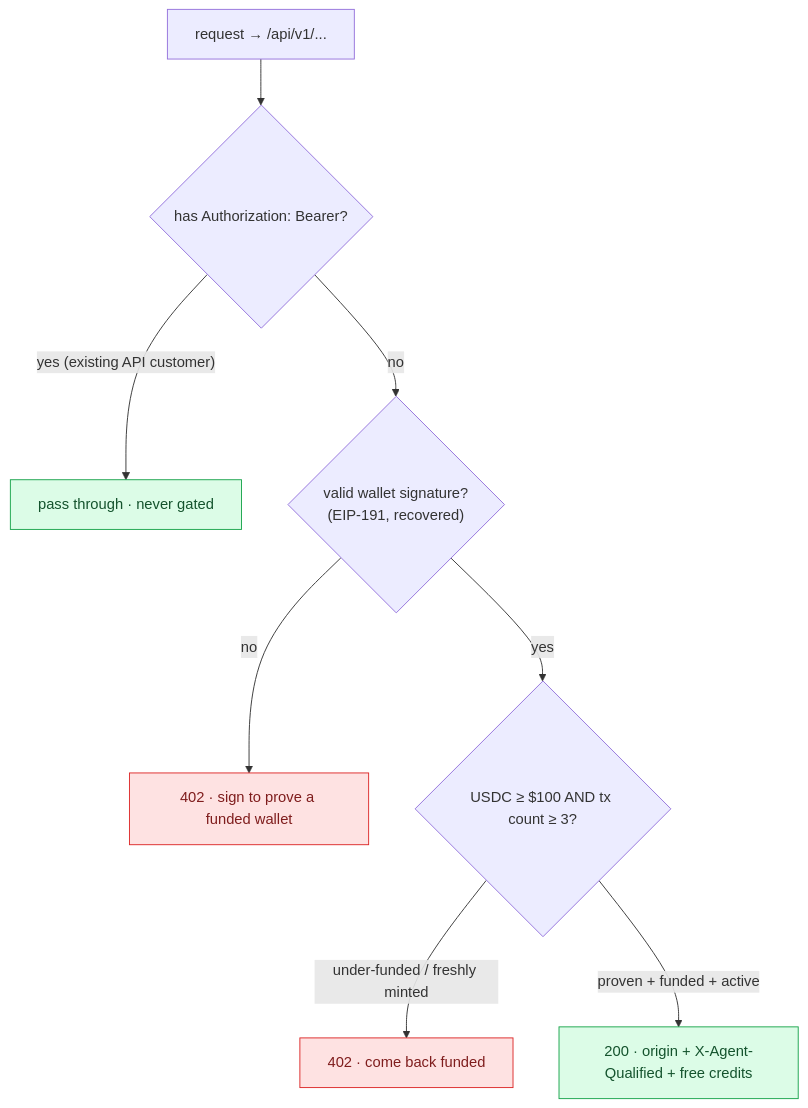
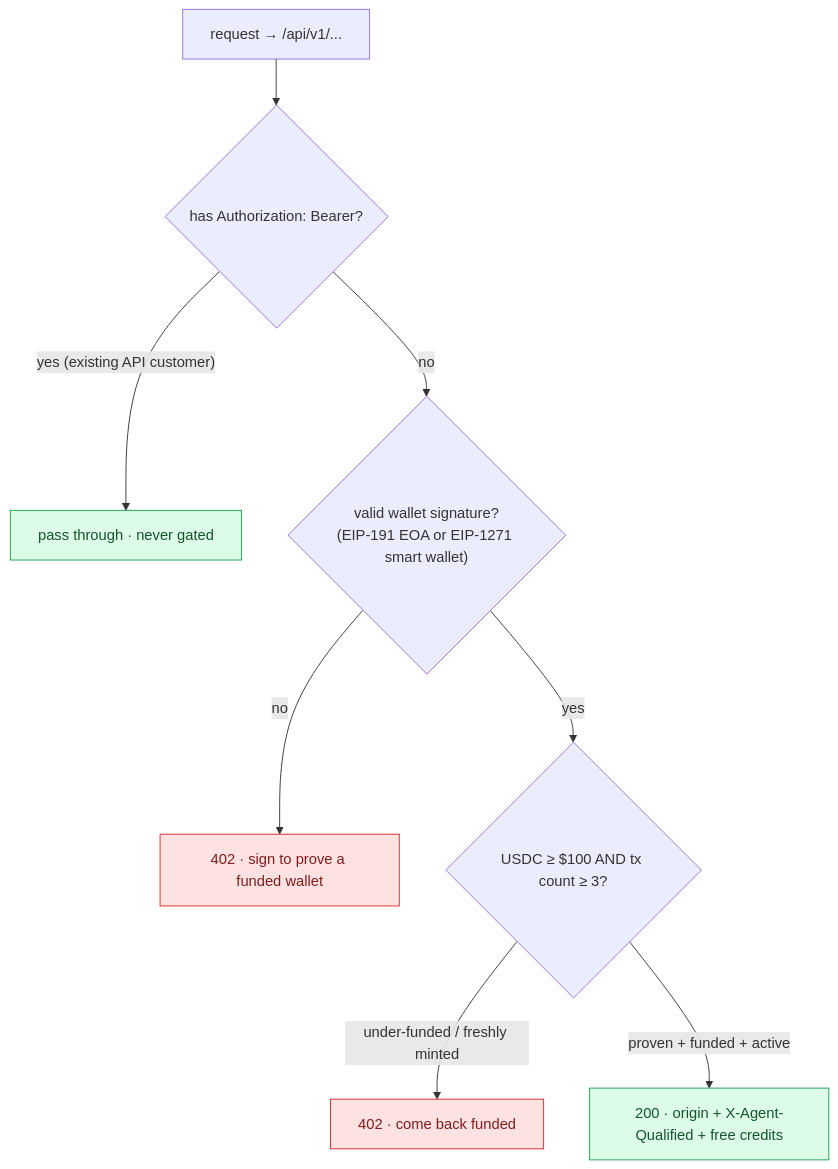
One commit to StartupHub-AI/agent-gate changed the first of 3 diagrams in README.md. Above: the diagram before and after it, drawn with Mermaid. The commit also changed other lines of this file and 2 other files, not shown here.

First line of the commit message:
feat: smart-wallet (EIP-1271) proof + standard x402 402

````diff
--- a/README.md
+++ b/README.md
@@ -21,15 +35,15 @@
 ```mermaid
 flowchart TD
     R["request → /api/v1/..."] --> B{"has Authorization: Bearer?"}
     B -->|"yes (existing API customer)"| PASS["pass through · never gated"]
-    B -->|no| S{"valid wallet signature?<br/>(EIP-191, recovered)"}
+    B -->|no| S{"valid wallet signature?<br/>(EIP-191 EOA or EIP-1271 smart wallet)"}
     S -->|no| Q1["402 · sign to prove a funded wallet"]
     S -->|yes| F{"USDC ≥ $100 AND tx count ≥ 3?"}
     F -->|"under-funded / freshly minted"| Q2["402 · come back funded"]
     F -->|"proven + funded + active"| OK["200 · origin + X-Agent-Qualified + free credits"]
 
     classDef pass fill:#dcfce7,stroke:#16a34a,color:#14532d;
     classDef deny fill:#fee2e2,stroke:#dc2626,color:#7f1d1d;
     class PASS,OK pass;
     class Q1,Q2 deny;
 ```
````
